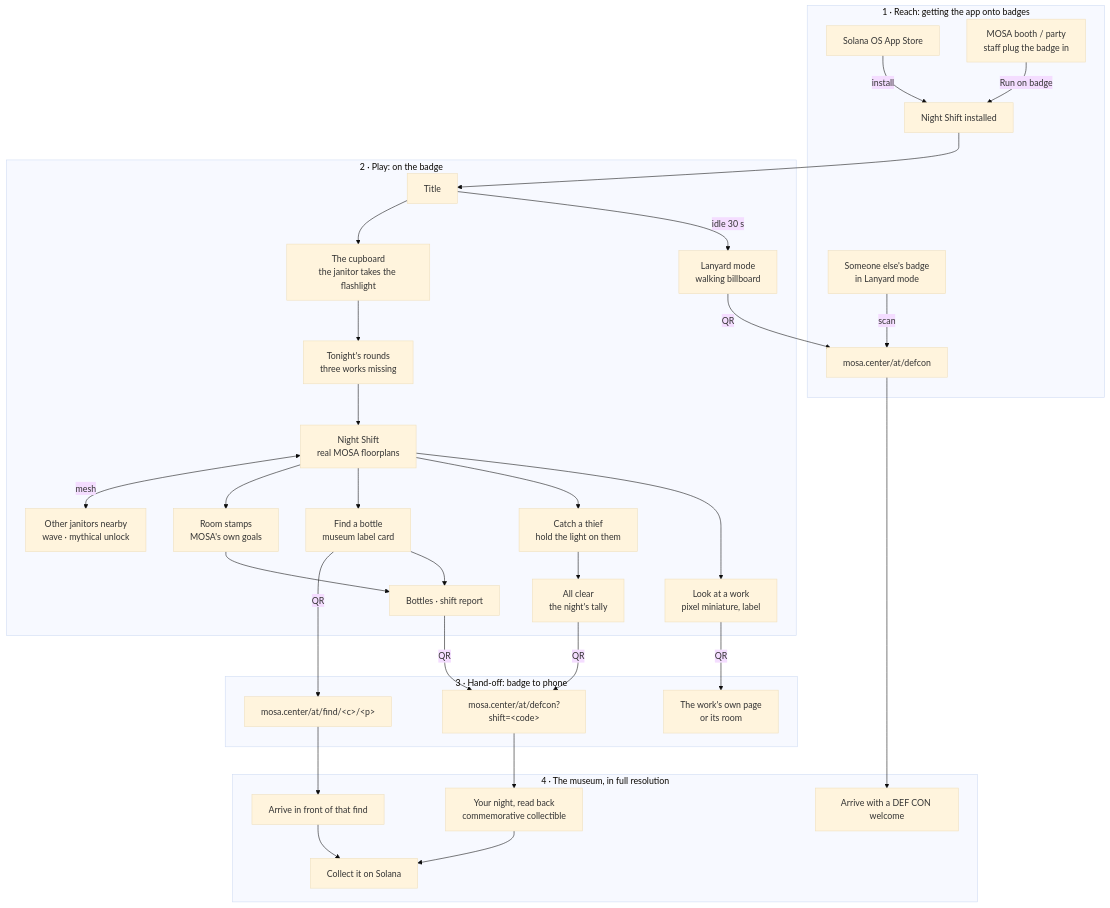
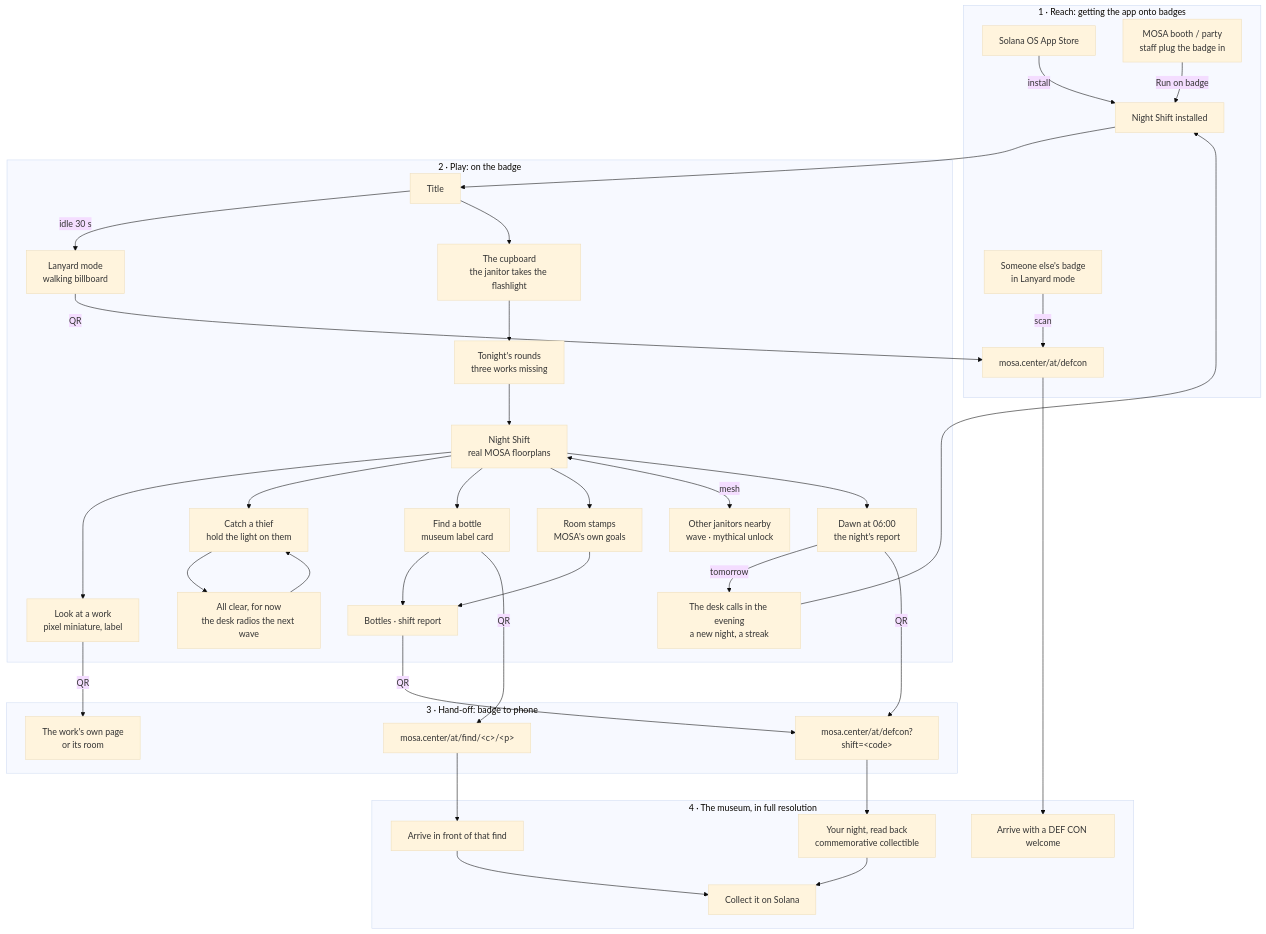
Before and after one commit to bparticle/mosa-defcon: the diagram in docs/FLOW.md, drawn with Mermaid (base theme). The commit also changed other lines of this file and 42 other files, not shown here.

First line of the commit message:
The night: a clock to dawn, the desk's waves, a dawn report, streaks, !LAMPs and the evening call

````diff
--- a/docs/FLOW.md
+++ b/docs/FLOW.md
@@ -7,40 +7,44 @@
 ```mermaid
 flowchart TD
   subgraph Reach["1 · Reach: getting the app onto badges"]
     S1[Solana OS App Store] -->|install| APP[Night Shift installed]
     BOOTH[MOSA booth / party<br/>staff plug the badge in] -->|Run on badge| APP
     LANYARD[Someone else's badge<br/>in Lanyard mode] -->|scan| SITE
   end
 
   subgraph Play["2 · Play: on the badge"]
     APP --> TITLE[Title]
     TITLE -->|idle 30 s| LANY[Lanyard mode<br/>walking billboard]
     TITLE --> INTRO[The cupboard<br/>the janitor takes the flashlight]
     INTRO --> BRIEF[Tonight's rounds<br/>three works missing]
     BRIEF --> WALK[Night Shift<br/>real MOSA floorplans]
     WALK --> ART[Look at a work<br/>pixel miniature, label]
     WALK --> THIEF[Catch a thief<br/>hold the light on them]
     WALK --> FIND[Find a bottle<br/>museum label card]
     WALK --> STAMP[Room stamps<br/>MOSA's own goals]
     WALK <-->|mesh| PEERS[Other janitors nearby<br/>wave · mythical unlock]
-    THIEF --> CLEAR[All clear<br/>the night's tally]
+    THIEF --> WAVE[All clear, for now<br/>the desk radios the next wave]
+    WAVE --> THIEF
+    WALK --> CLEAR[Dawn at 06:00<br/>the night's report]
+    CLEAR -->|tomorrow| CALL[The desk calls in the evening<br/>a new night, a streak]
+    CALL --> APP
     FIND --> REC[Bottles · shift report]
     STAMP --> REC
   end
 
   subgraph Handoff["3 · Hand-off: badge to phone"]
     FIND -->|QR| PIECE["mosa.center/at/find/&lt;c&gt;/&lt;p&gt;"]
     ART -->|QR| WORK[The work's own page<br/>or its room]
     CLEAR -->|QR| REPORT
     REC -->|QR| REPORT["mosa.center/at/defcon?shift=&lt;code&gt;"]
     LANY -->|QR| SITE["mosa.center/at/defcon"]
   end
 
   subgraph Museum["4 · The museum, in full resolution"]
     PIECE --> LAND[Arrive in front of that find]
     SITE --> LAND2[Arrive with a DEF CON welcome]
     REPORT --> LAND3[Your night, read back<br/>commemorative collectible]
     LAND --> MINT[Collect it on Solana]
     LAND3 --> MINT
   end
 ```
````
